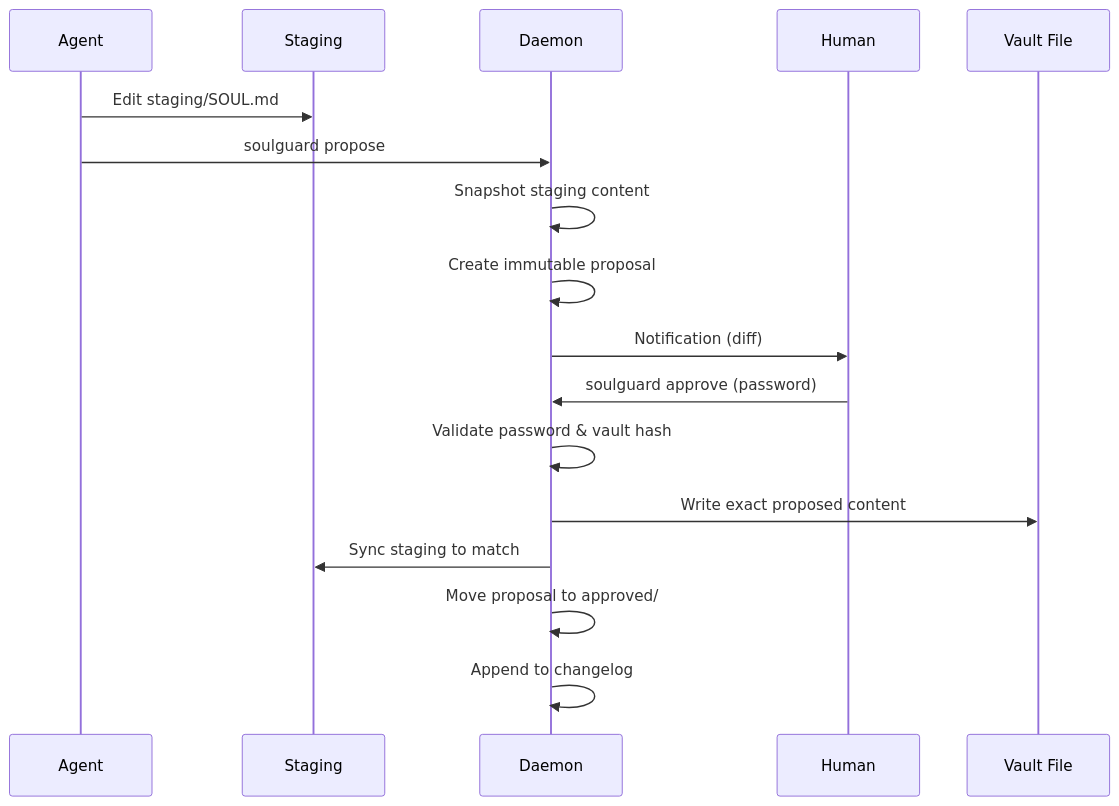
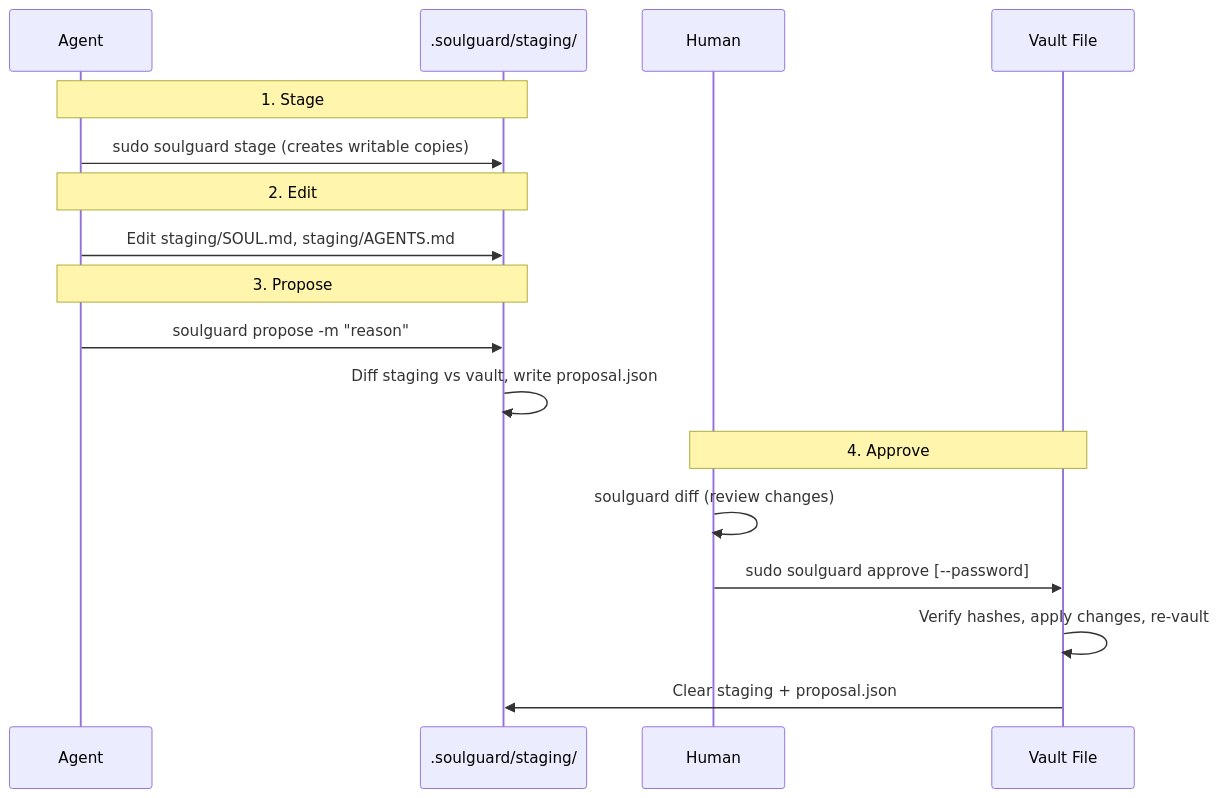
Before and after one commit to Mirascope/soulguard: the second of 3 diagrams in DESIGN.md, drawn with Mermaid. The commit also changed other lines of this file and 7 other files, not shown here.

First line of the commit message:
add init, proposal, and password types + update DESIGN.md

````diff
--- a/DESIGN.md
+++ b/DESIGN.md
@@ -300,20 +208,23 @@
 ```mermaid
 sequenceDiagram
     participant A as Agent
-    participant S as Staging
-    participant D as Daemon
+    participant S as .soulguard/staging/
     participant H as Human
     participant V as Vault File
 
-    A->>S: Edit staging/SOUL.md
-    A->>D: soulguard propose
-    D->>D: Snapshot staging content
-    D->>D: Create immutable proposal
-    D->>H: Notification (diff)
-    H->>D: soulguard approve (password)
-    D->>D: Validate password & vault hash
-    D->>V: Write exact proposed content
-    D->>S: Sync staging to match
-    D->>D: Move proposal to approved/
-    D->>D: Append to changelog
+    Note over A,S: 1. Stage
+    A->>S: sudo soulguard stage (creates writable copies)
+
+    Note over A,S: 2. Edit
+    A->>S: Edit staging/SOUL.md, staging/AGENTS.md
+
+    Note over A,S: 3. Propose
+    A->>S: soulguard propose -m "reason"
+    S->>S: Diff staging vs vault, write proposal.json
+
+    Note over H,V: 4. Approve
+    H->>H: soulguard diff (review changes)
+    H->>V: sudo soulguard approve [--password]
+    V->>V: Verify hashes, apply changes, re-vault
+    V->>S: Clear staging + proposal.json
 ```
````
